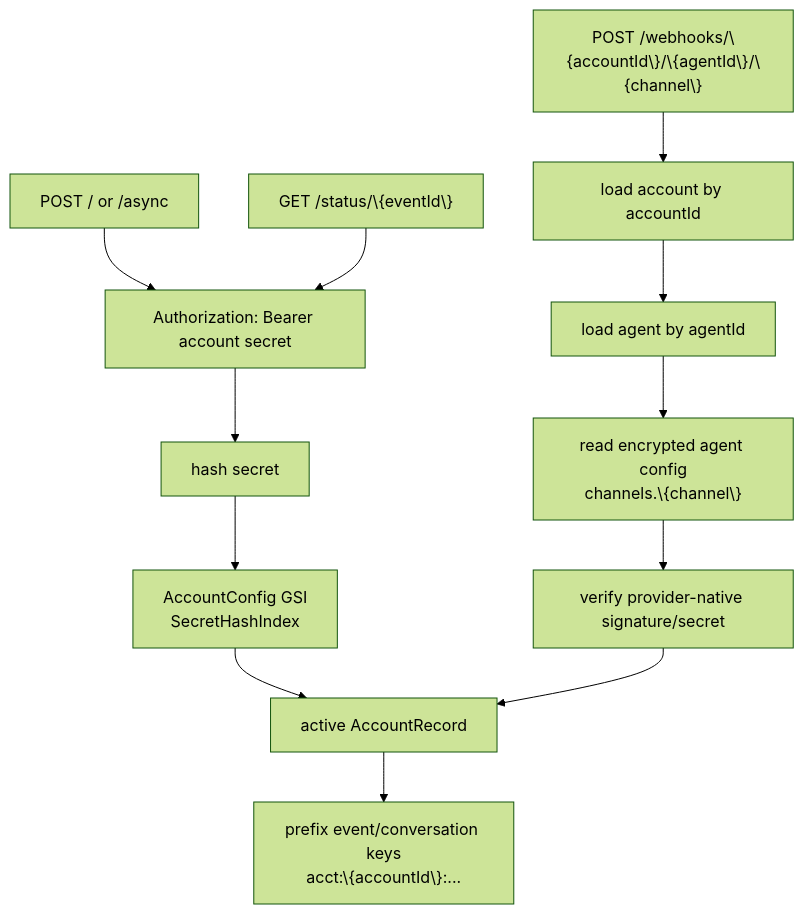
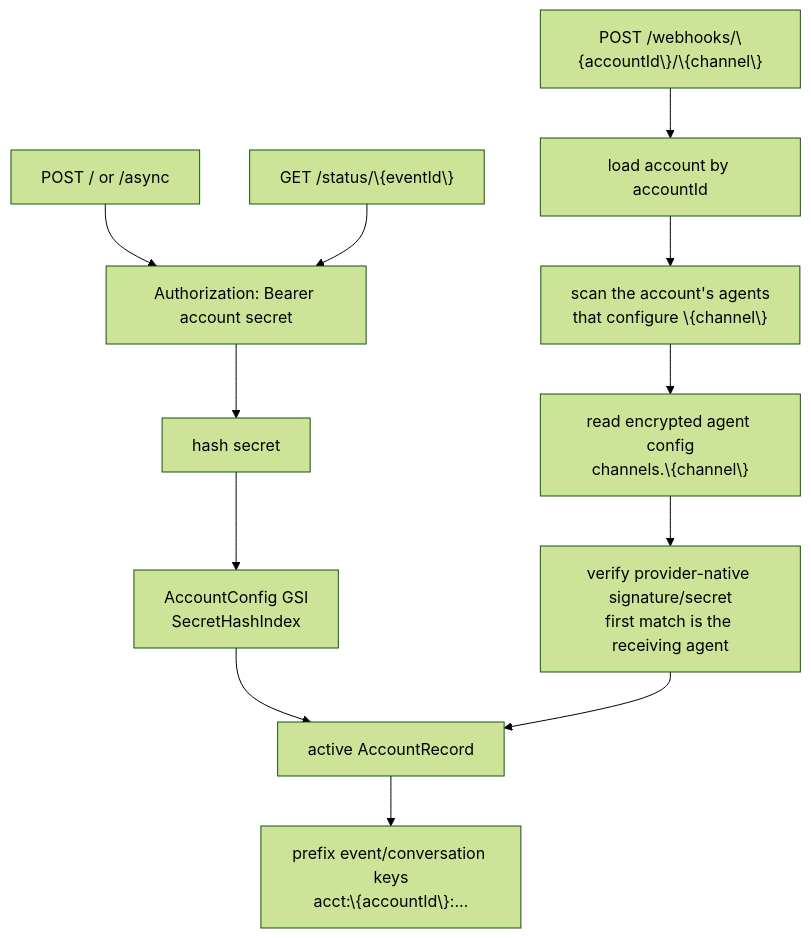
The fourth of 12 diagrams in apps/docs/docs/architecture.md (beeblastco/broods), drawn with Mermaid (forest theme) before and after one commit. The commit also changed other lines of this file and 22 other files, not shown here.

````diff
--- a/apps/docs/docs/architecture.md
+++ b/apps/docs/docs/architecture.md
@@ -105,16 +105,16 @@
 ```mermaid
 flowchart TD
   Direct["POST / or /async"] --> Bearer["Authorization: Bearer account secret"]
   Status["GET /status/\{eventId\}"] --> Bearer
   Bearer --> Hash["hash secret"]
   Hash --> Lookup["AccountConfig GSI<br/>SecretHashIndex"]
   Lookup --> Account["active AccountRecord"]
 
-  Webhook["POST /webhooks/\{accountId\}/\{agentId\}/\{channel\}"] --> Load["load account by accountId"]
-  Load --> AgentLookup["load agent by agentId"]
+  Webhook["POST /webhooks/\{accountId\}/\{channel\}"] --> Load["load account by accountId"]
+  Load --> AgentLookup["scan the account's agents<br/>that configure \{channel\}"]
   AgentLookup --> ChannelConfig["read encrypted agent config<br/>channels.\{channel\}"]
-  ChannelConfig --> Verify["verify provider-native signature/secret"]
+  ChannelConfig --> Verify["verify provider-native signature/secret<br/>first match is the receiving agent"]
   Verify --> Account
 
   Account --> Namespace["prefix event/conversation keys<br/>acct:\{accountId\}:..."]
 ```
````
